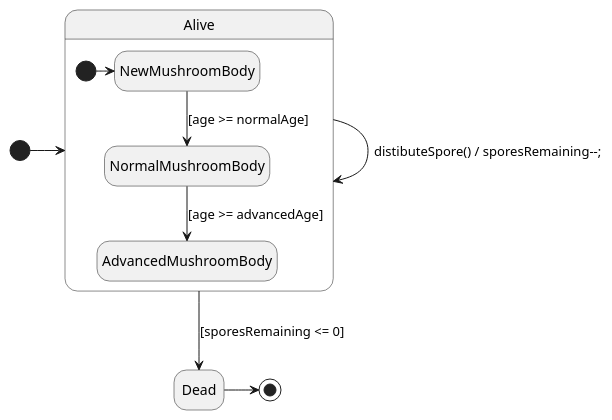
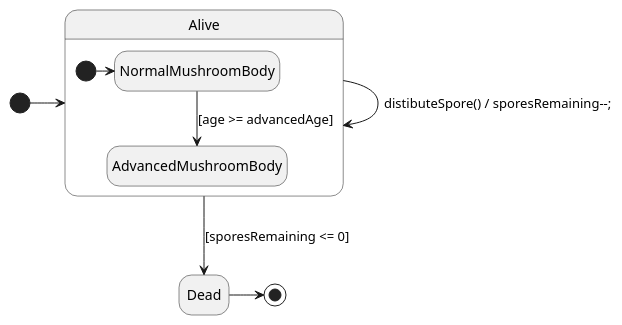
One commit to dzsem/projlab changed the diagram in diagrams/state/mushroom/mushroomBody.wsd. Above: the diagram before and after it, drawn with PlantUML.

Commit message:
Deleted NewMushroomBodyState

```diff
--- a/diagrams/state/mushroom/mushroomBody.wsd
+++ b/diagrams/state/mushroom/mushroomBody.wsd
@@ -1,24 +1,22 @@
 @startuml Mushroom Body Statechart
 hide empty description
 
 
 state Alive {
 
-state NewMushroomBody
 state NormalMushroomBody
 state AdvancedMushroomBody
 
-[*] -> NewMushroomBody
-NewMushroomBody -down-> NormalMushroomBody : [age >= normalAge]
+[*] -> NormalMushroomBody
 NormalMushroomBody -down-> AdvancedMushroomBody : [age >= advancedAge]
 }
 
 state Dead
 
 [*] -> Alive
 Alive -> Alive: distibuteSpore() / sporesRemaining--;
 Alive -down-> Dead: [sporesRemaining <= 0]
 
 Dead -> [*]
 
 @enduml
```
